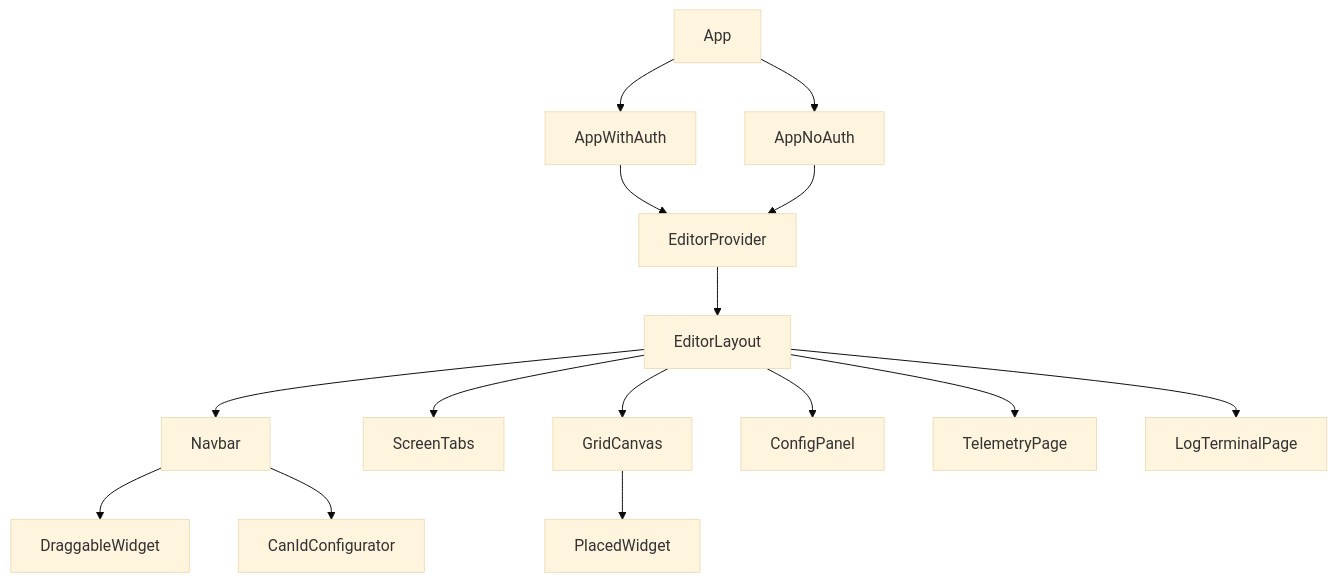
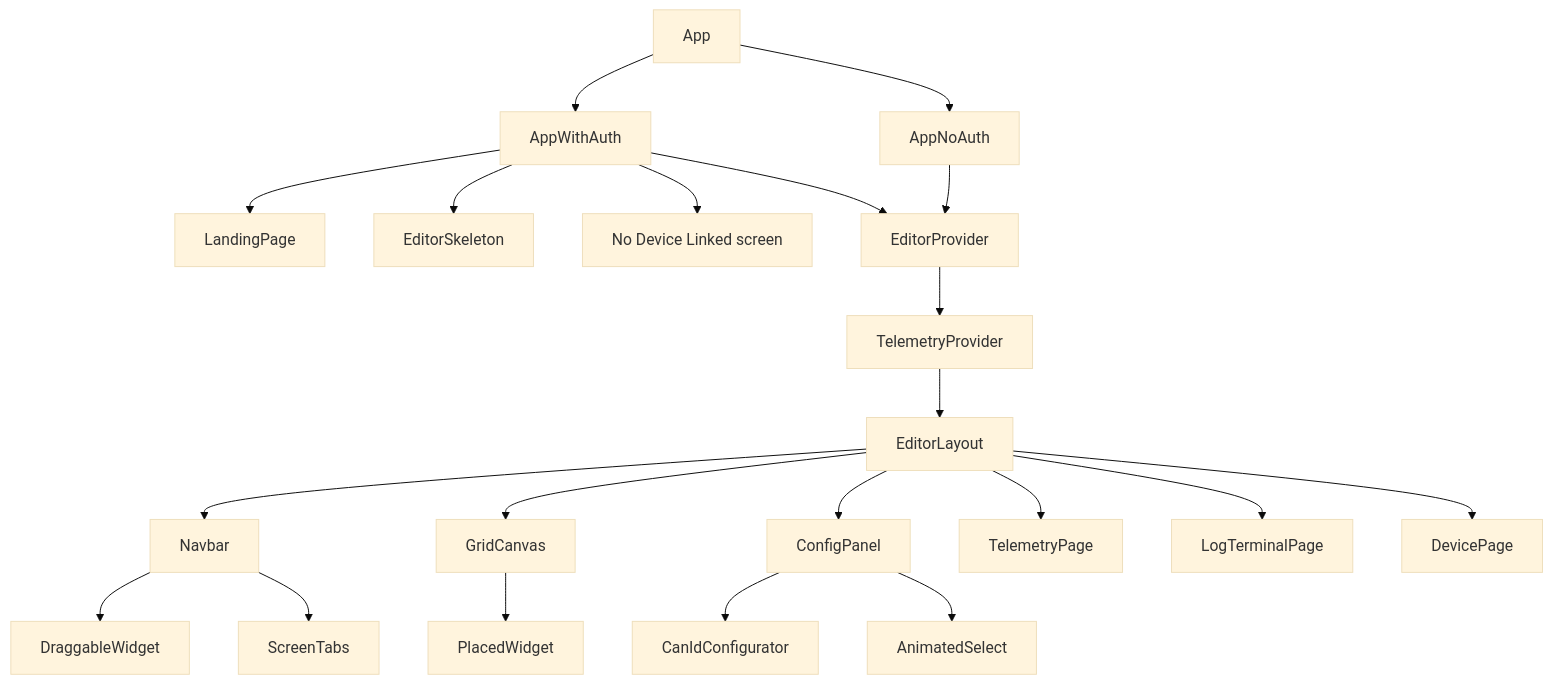
One commit to evilspoon13/track-web changed the diagram in documentation/architecture.md. Above: the diagram before and after it, drawn with Mermaid (base theme). The commit also changed other lines of this file and 36 other files, not shown here.

````diff
--- a/documentation/architecture.md
+++ b/documentation/architecture.md
@@ -54,19 +65,25 @@
 ```mermaid
 graph TD
     App --> AppWithAuth
     App --> AppNoAuth
+    AppWithAuth --> LandingPage
+    AppWithAuth --> EditorSkeleton
+    AppWithAuth --> NoDeviceView["No Device Linked screen"]
     AppWithAuth --> EditorProvider
     AppNoAuth --> EditorProvider
-    EditorProvider --> EditorLayout
+    EditorProvider --> TelemetryProvider
+    TelemetryProvider --> EditorLayout
 
     EditorLayout --> Navbar
-    EditorLayout --> ScreenTabs
     EditorLayout --> GridCanvas
     EditorLayout --> ConfigPanel
     EditorLayout --> TelemetryPage
     EditorLayout --> LogTerminalPage
+    EditorLayout --> DevicePage
 
+    Navbar --> DraggableWidget
+    Navbar --> ScreenTabs
     GridCanvas --> PlacedWidget
-    Navbar --> DraggableWidget
-    Navbar --> CanIdConfigurator
+    ConfigPanel --> CanIdConfigurator
+    ConfigPanel --> AnimatedSelect
 ```
````
